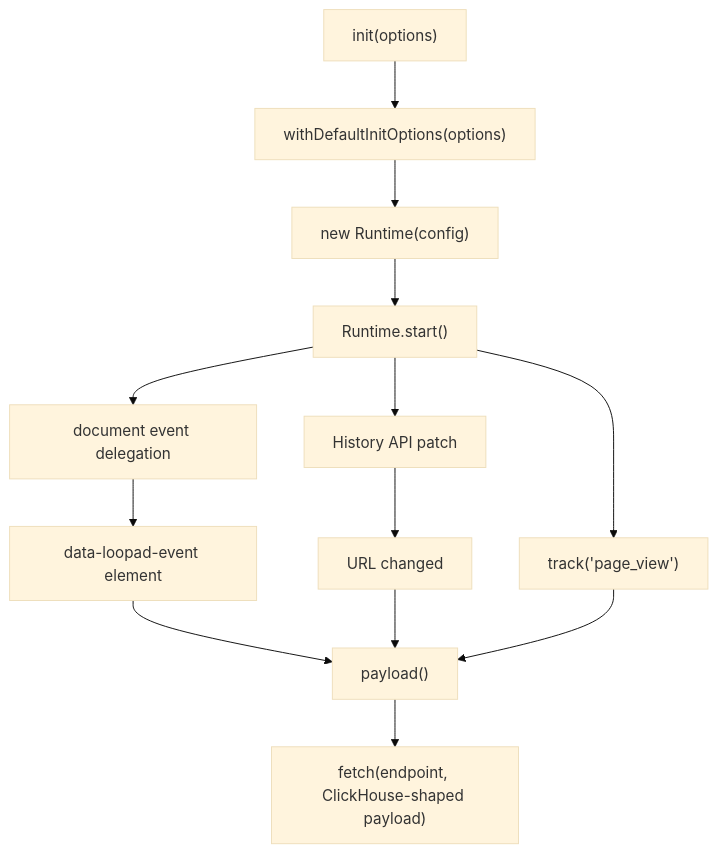
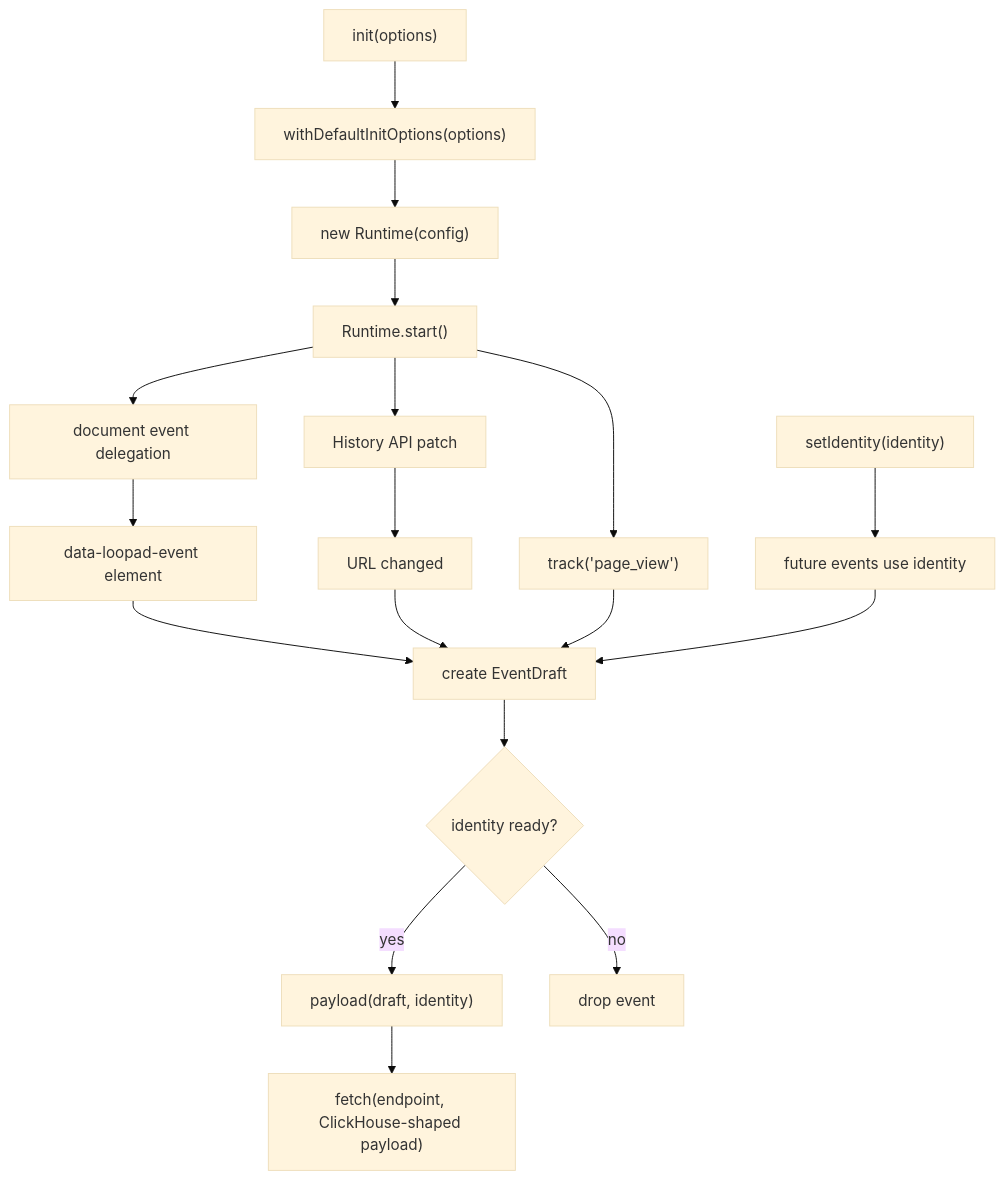
Before and after one commit to krafton-jungle-project-4team/loop-ad_event_sdk: the diagram in docs/code-structure-tutorial.md, drawn with Mermaid (base theme). The commit also changed other lines of this file and 5 other files, not shown here.

````diff
--- a/docs/code-structure-tutorial.md
+++ b/docs/code-structure-tutorial.md
@@ -9,15 +8,20 @@
 ```mermaid
 flowchart TD
     A["init(options)"] --> B["withDefaultInitOptions(options)"]
     B --> C["new Runtime(config)"]
     C --> D["Runtime.start()"]
     D --> E["document event delegation"]
     D --> F["History API patch"]
     D --> G["track('page_view')"]
     E --> H["data-loopad-event element"]
     F --> I["URL changed"]
-    H --> J["payload()"]
+    H --> J["create EventDraft"]
     I --> J
     G --> J
-    J --> K["fetch(endpoint, ClickHouse-shaped payload)"]
+    J --> K{"identity ready?"}
+    K -->|yes| L["payload(draft, identity)"]
+    K -->|no| M["drop event"]
+    N["setIdentity(identity)"] --> O["future events use identity"]
+    O --> J
+    L --> P["fetch(endpoint, ClickHouse-shaped payload)"]
 ```
````
